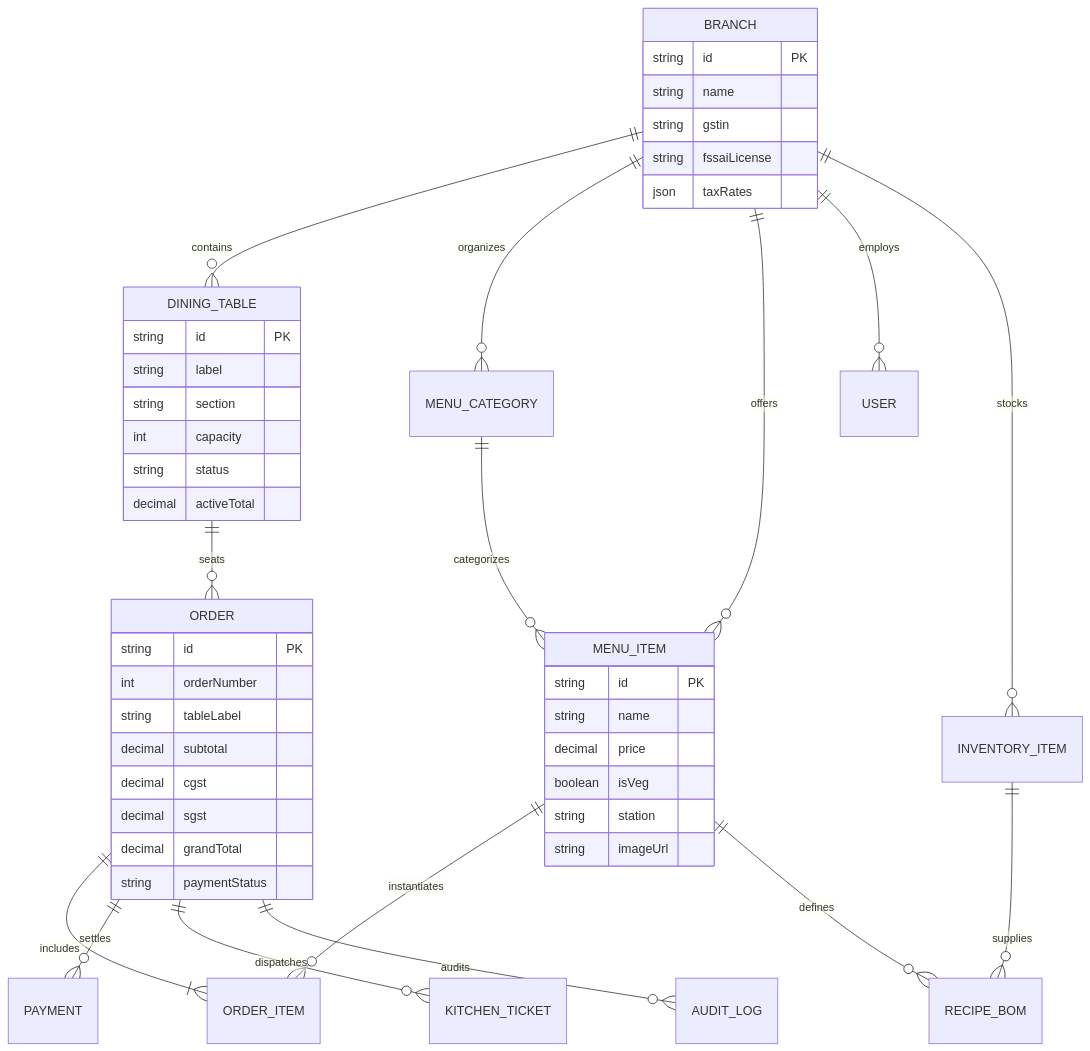
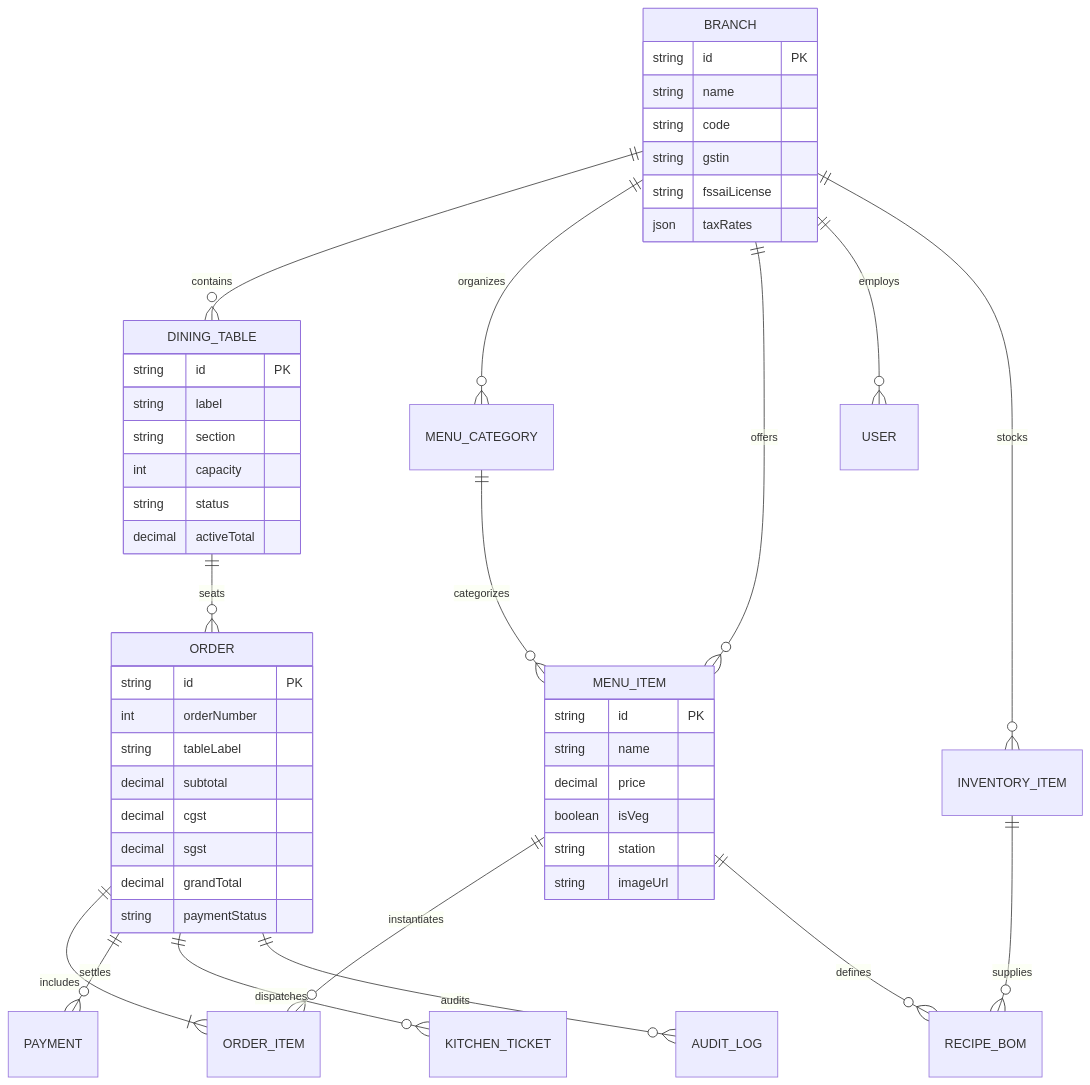
The third of 3 diagrams in README.md (Gautamgiri798/ORDRIVA), drawn with Mermaid before and after one commit. The commit also changed other lines of this file, not shown here.

````diff
--- a/README.md
+++ b/README.md
@@ -165,53 +237,54 @@
 ```mermaid
 erDiagram
     BRANCH ||--o{ DINING_TABLE : contains
     BRANCH ||--o{ MENU_CATEGORY : organizes
     BRANCH ||--o{ MENU_ITEM : offers
     BRANCH ||--o{ USER : employs
     BRANCH ||--o{ INVENTORY_ITEM : stocks
 
     DINING_TABLE ||--o{ ORDER : seats
     MENU_CATEGORY ||--o{ MENU_ITEM : categorizes
     MENU_ITEM ||--o{ ORDER_ITEM : instantiates
     MENU_ITEM ||--o{ RECIPE_BOM : defines
     INVENTORY_ITEM ||--o{ RECIPE_BOM : supplies
 
     ORDER ||--|{ ORDER_ITEM : includes
     ORDER ||--o{ PAYMENT : settles
     ORDER ||--o{ KITCHEN_TICKET : dispatches
     ORDER ||--o{ AUDIT_LOG : audits
 
     BRANCH {
         string id PK
         string name
+        string code
         string gstin
         string fssaiLicense
         json taxRates
     }
     DINING_TABLE {
         string id PK
         string label
         string section
         int capacity
         string status
         decimal activeTotal
     }
     MENU_ITEM {
         string id PK
         string name
         decimal price
         boolean isVeg
         string station
         string imageUrl
     }
     ORDER {
         string id PK
         int orderNumber
         string tableLabel
         decimal subtotal
         decimal cgst
         decimal sgst
         decimal grandTotal
         string paymentStatus
     }
 ```
````
